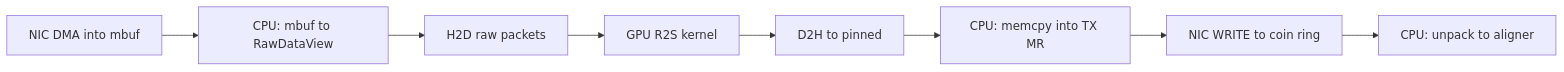
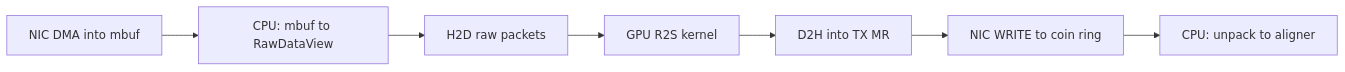
Before and after one commit to Wasshoii/pni_r2c: the second of 2 diagrams in docs/接口说明/dataplane/rdma/README.md, drawn with Mermaid. The commit also changed other lines of this file and 74 other files, not shown here.

````diff
--- a/docs/接口说明/dataplane/rdma/README.md
+++ b/docs/接口说明/dataplane/rdma/README.md
@@ -59,12 +59,11 @@
 ```mermaid
 flowchart LR
   nicDma["NIC DMA into mbuf"]
   dpdkCopy["CPU: mbuf to RawDataView"]
   h2d["H2D raw packets"]
   kern["GPU R2S kernel"]
-  d2h["D2H to pinned"]
-  tx["CPU: memcpy into TX MR"]
+  d2h["D2H into TX MR"]
   roce["NIC WRITE to coin ring"]
   unpack["CPU: unpack to aligner"]
-  nicDma --> dpdkCopy --> h2d --> kern --> d2h --> tx --> roce --> unpack
+  nicDma --> dpdkCopy --> h2d --> kern --> d2h --> roce --> unpack
 ```
````
